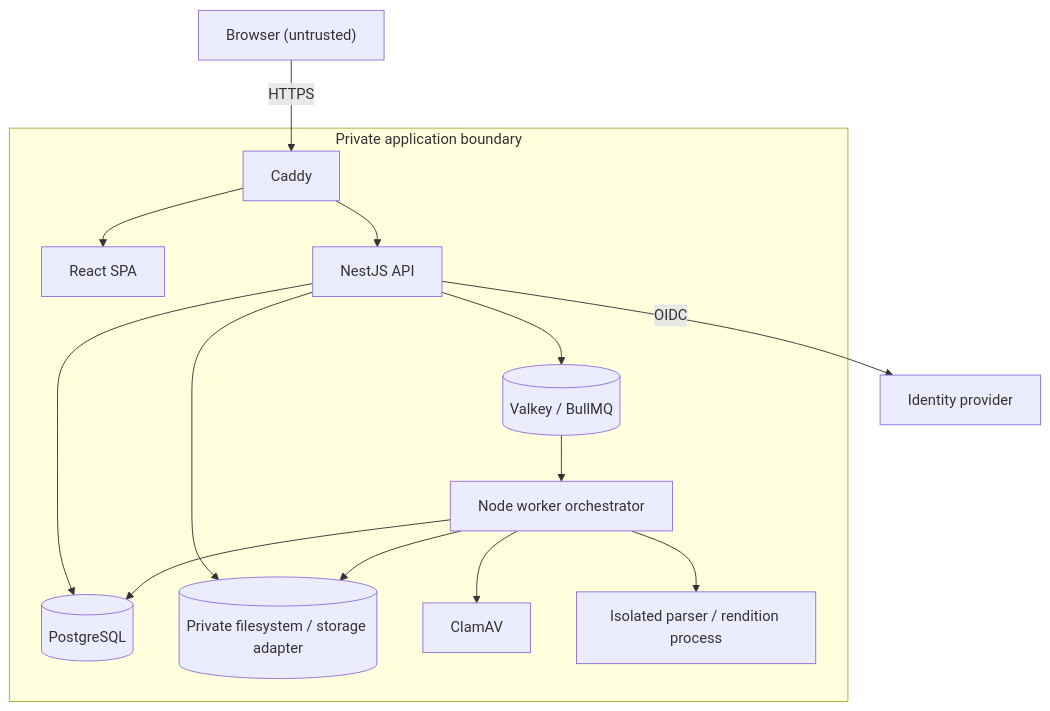
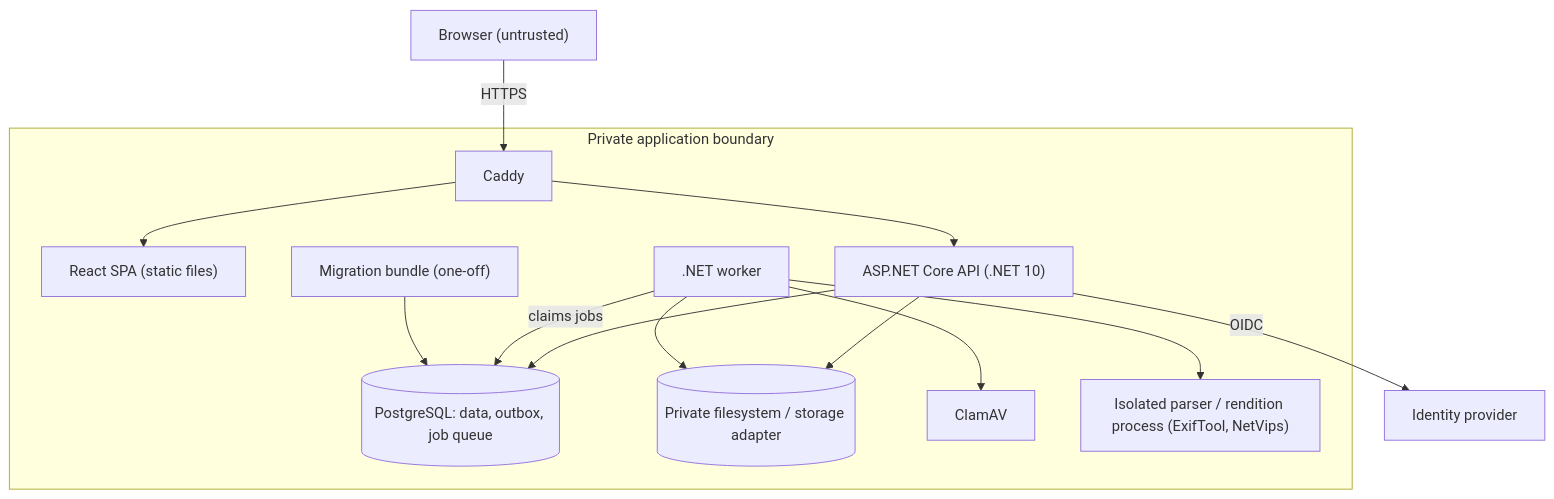
The second of 3 diagrams in docs/diagrams/system-views.md (mycaravam-crypto/zirrus), drawn with Mermaid before and after one commit. The commit also changed other lines of this file and 14 other files, not shown here.

First line of the commit message:
docs: adopt ASP.NET Core backend (REV-BE-01 option B)

````diff
--- a/docs/diagrams/system-views.md
+++ b/docs/diagrams/system-views.md
@@ -12,17 +12,16 @@
 ```mermaid
 flowchart TB
   B["Browser (untrusted)"] -->|HTTPS| C["Caddy"]
   subgraph Private["Private application boundary"]
-    C --> W["React SPA"]
-    C --> A["NestJS API"]
-    A --> P[("PostgreSQL")]
+    C --> W["React SPA (static files)"]
+    C --> A["ASP.NET Core API (.NET 10)"]
+    A --> P[("PostgreSQL: data, outbox, job queue")]
     A --> S[("Private filesystem / storage adapter")]
-    A --> Q[("Valkey / BullMQ")]
-    Q --> J["Node worker orchestrator"]
-    J --> P
+    J[".NET worker"] -->|claims jobs| P
     J --> S
     J --> K["ClamAV"]
-    J --> T["Isolated parser / rendition process"]
+    J --> T["Isolated parser / rendition process (ExifTool, NetVips)"]
+    M["Migration bundle (one-off)"] --> P
   end
   A -->|OIDC| I["Identity provider"]
 ```
````
